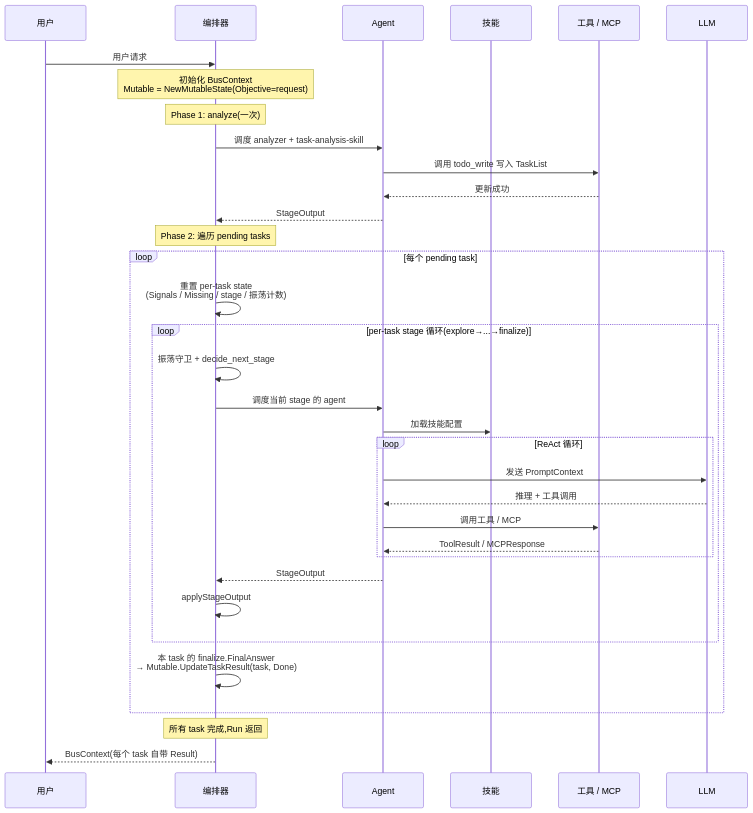
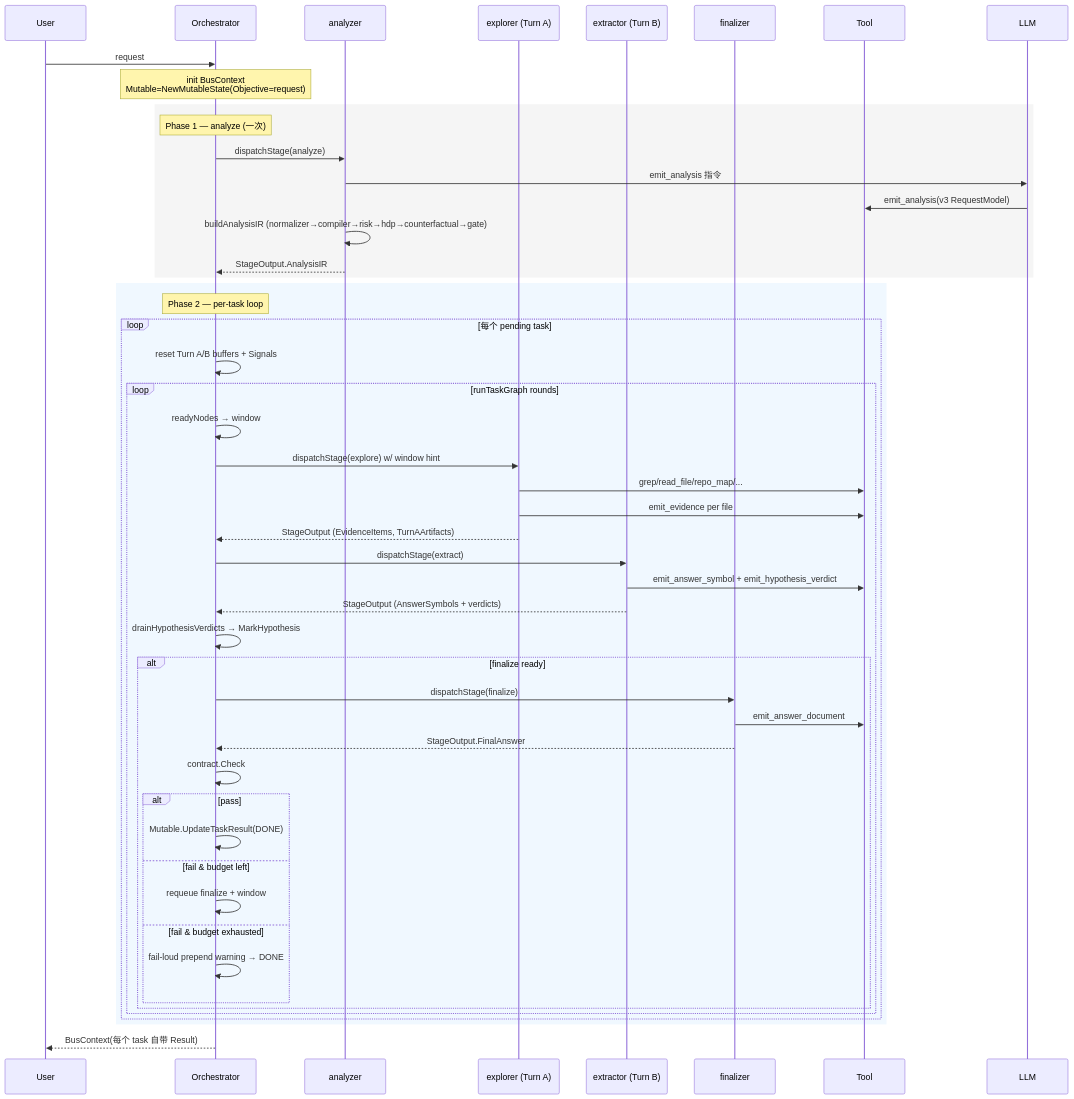
Before and after one commit to hanchaoqun/codrax: the fourth of 4 diagrams in docs/architecture.md, drawn with Mermaid. The commit also changed other lines of this file and 2 other files, not shown here.

````diff
--- a/docs/architecture.md
+++ b/docs/architecture.md
@@ -1146,40 +565,56 @@
 ```mermaid
 sequenceDiagram
-    participant User as 用户
-    participant Orch as 编排器
-    participant Agent
-    participant Skill as 技能
-    participant Tool as 工具 / MCP
+    participant User
+    participant Orch as Orchestrator
+    participant A as analyzer
+    participant E as explorer (Turn A)
+    participant X as extractor (Turn B)
+    participant F as finalizer
+    participant Tool
     participant LLM
 
-    User->>Orch: 用户请求
-    Note over Orch: 初始化 BusContext<br/>Mutable = NewMutableState(Objective=request)
+    User->>Orch: request
+    Note over Orch: init BusContext<br/>Mutable=NewMutableState(Objective=request)
 
-    Note over Orch: Phase 1: analyze(一次)
-    Orch->>Agent: 调度 analyzer + task-analysis-skill
-    Agent->>Tool: 调用 todo_write 写入 TaskList
-    Tool-->>Agent: 更新成功
-    Agent-->>Orch: StageOutput
-
-    Note over Orch: Phase 2: 遍历 pending tasks
-    loop 每个 pending task
-        Orch->>Orch: 重置 per-task state<br/>(Signals / Missing / stage / 振荡计数)
-        loop per-task stage 循环(explore→...→finalize)
-            Orch->>Orch: 振荡守卫 + decide_next_stage
-            Orch->>Agent: 调度当前 stage 的 agent
-            Agent->>Skill: 加载技能配置
-            loop ReAct 循环
-                Agent->>LLM: 发送 PromptContext
-                LLM-->>Agent: 推理 + 工具调用
-                Agent->>Tool: 调用工具 / MCP
-                Tool-->>Agent: ToolResult / MCPResponse
-            end
-            Agent-->>Orch: StageOutput
-            Orch->>Orch: applyStageOutput
-        end
-        Orch->>Orch: 本 task 的 finalize.FinalAnswer<br/>→ Mutable.UpdateTaskResult(task, Done)
+    rect rgb(245,245,245)
+    Note over Orch: Phase 1 — analyze (一次)
+    Orch->>A: dispatchStage(analyze)
+    A->>LLM: emit_analysis 指令
+    LLM->>Tool: emit_analysis(v3 RequestModel)
+    A->>A: buildAnalysisIR (normalizer→compiler→risk→hdp→counterfactual→gate)
+    A-->>Orch: StageOutput.AnalysisIR
     end
 
-    Note over Orch: 所有 task 完成,Run 返回
+    rect rgb(240,248,255)
+    Note over Orch: Phase 2 — per-task loop
+    loop 每个 pending task
+        Orch->>Orch: reset Turn A/B buffers + Signals
+        loop runTaskGraph rounds
+            Orch->>Orch: readyNodes → window
+            Orch->>E: dispatchStage(explore) w/ window hint
+            E->>Tool: grep/read_file/repo_map/...
+            E->>Tool: emit_evidence per file
+            E-->>Orch: StageOutput (EvidenceItems, TurnAArtifacts)
+            Orch->>X: dispatchStage(extract)
+            X->>Tool: emit_answer_symbol + emit_hypothesis_verdict
+            X-->>Orch: StageOutput (AnswerSymbols + verdicts)
+            Orch->>Orch: drainHypothesisVerdicts → MarkHypothesis
+            alt finalize ready
+                Orch->>F: dispatchStage(finalize)
+                F->>Tool: emit_answer_document
+                F-->>Orch: StageOutput.FinalAnswer
+                Orch->>Orch: contract.Check
+                alt pass
+                    Orch->>Orch: Mutable.UpdateTaskResult(DONE)
+                else fail & budget left
+                    Orch->>Orch: requeue finalize + window
+                else fail & budget exhausted
+                    Orch->>Orch: fail-loud prepend warning → DONE
+                end
+            end
+        end
+    end
+    end
+
     Orch-->>User: BusContext(每个 task 自带 Result)
 ```
````
